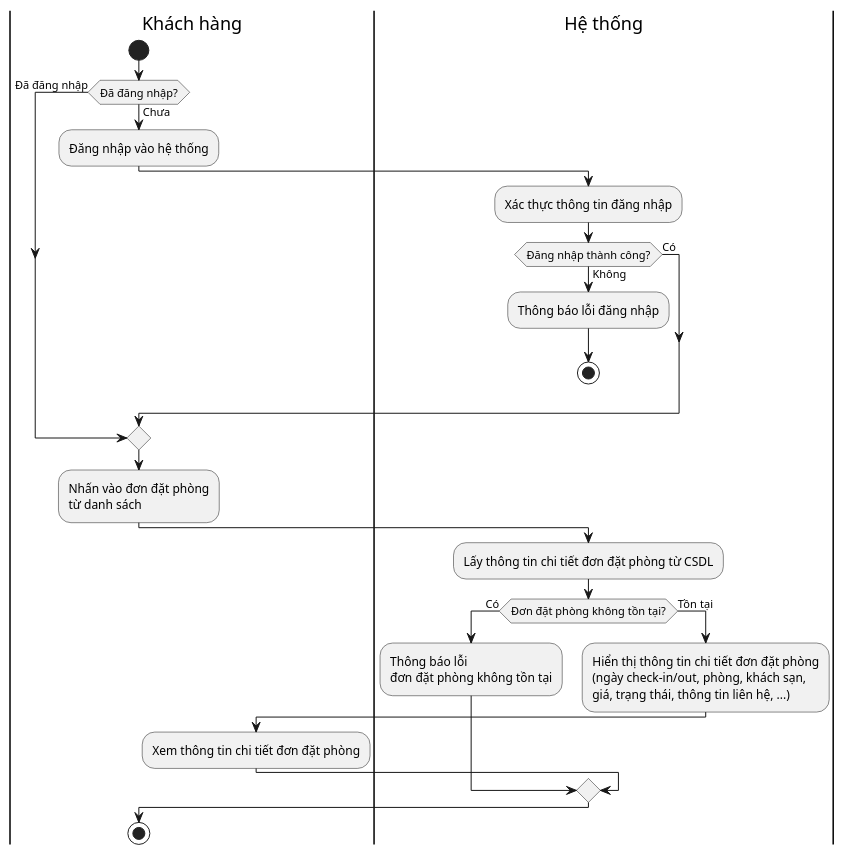
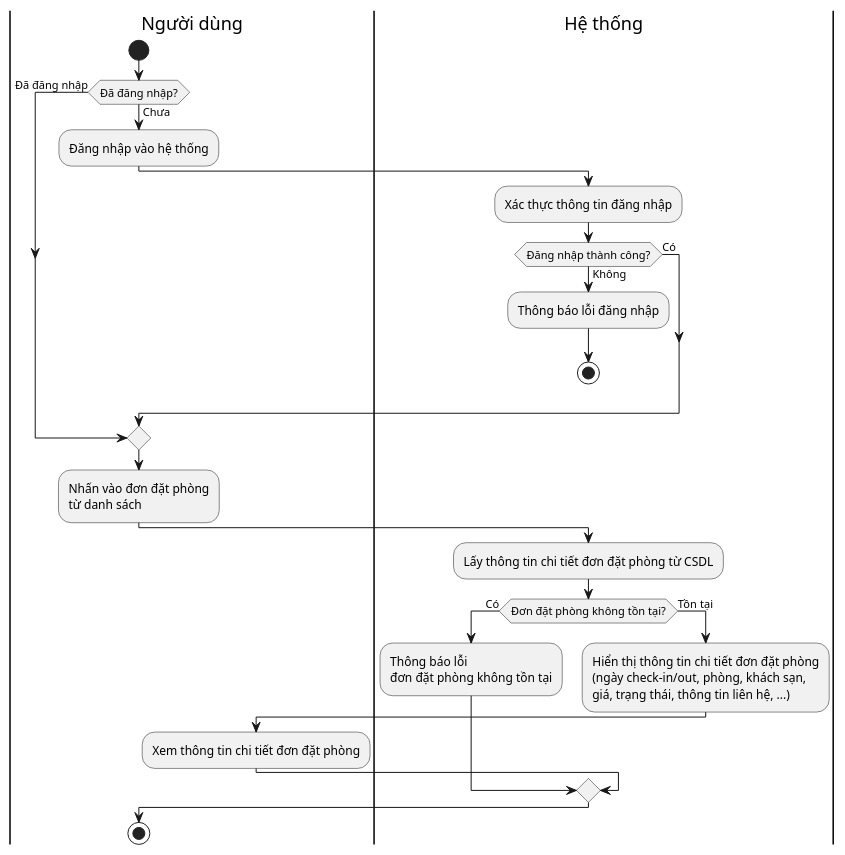
The diagram in be/holidate/activity_diagrams/view-booking-details-activity.puml (decoutkhanqindev/holidate-nestjs-springboot-aws), drawn with PlantUML before and after one commit. The commit also changed 16 other files, not shown here.

Commit message:
Refactor activity diagrams: Replace "Khách hàng" with "Người dùng" for consistency across booking and payment processes, and update terminology for clarity in user interactions.

```diff
--- a/be/holidate/activity_diagrams/view-booking-details-activity.puml
+++ b/be/holidate/activity_diagrams/view-booking-details-activity.puml
@@ -1,34 +1,34 @@
 @startuml
-|Khách hàng|
+|Người dùng|
 start
 if (Đã đăng nhập?) then (Chưa)
   :Đăng nhập vào hệ thống;
   |Hệ thống|
   :Xác thực thông tin đăng nhập;
   if (Đăng nhập thành công?) then (Không)
     :Thông báo lỗi đăng nhập;
     stop
   else (Có)
-    |Khách hàng|
+    |Người dùng|
   endif
 else (Đã đăng nhập)
 endif
 
-|Khách hàng|
+|Người dùng|
 :Nhấn vào đơn đặt phòng\ntừ danh sách;
 
 |Hệ thống|
 :Lấy thông tin chi tiết đơn đặt phòng từ CSDL;
 
 if (Đơn đặt phòng không tồn tại?) then (Có)
   :Thông báo lỗi\nđơn đặt phòng không tồn tại;
 else (Tồn tại)
   |Hệ thống|
   :Hiển thị thông tin chi tiết đơn đặt phòng\n(ngày check-in/out, phòng, khách sạn,\ngiá, trạng thái, thông tin liên hệ, ...);
 
-  |Khách hàng|
+  |Người dùng|
   :Xem thông tin chi tiết đơn đặt phòng;
 endif
 
 stop
 @enduml
```
